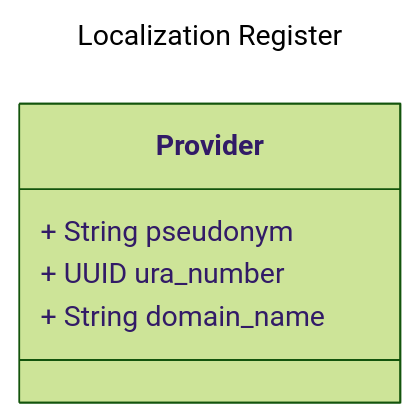
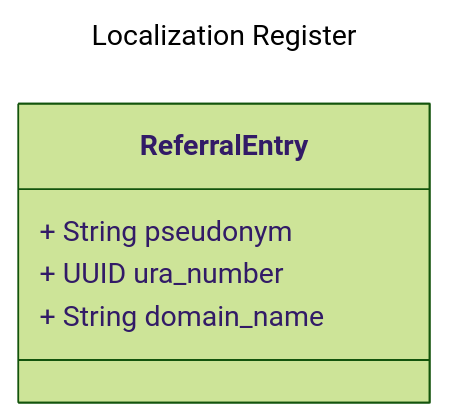
The diagram in README.md (minvws/gfmodules-national-referral-index), drawn with Mermaid (forest theme) before and after one commit. The commit also changed 12 other files, not shown here.

Commit message:
Renamed provider to referral

````diff
--- a/README.md
+++ b/README.md
@@ -35,11 +35,11 @@
 ```mermaid
 ---
 title: Localization Register
 ---
 classDiagram
-    class Provider {
+    class ReferralEntry {
         + String pseudonym
         + UUID ura_number
         + String domain_name
     }
 ```
````
